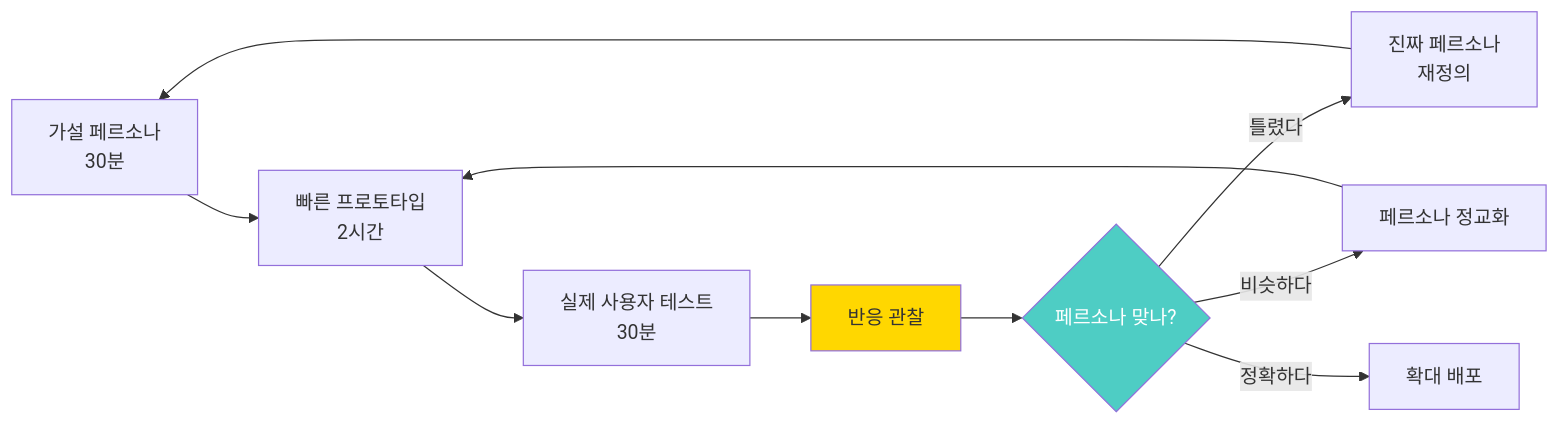
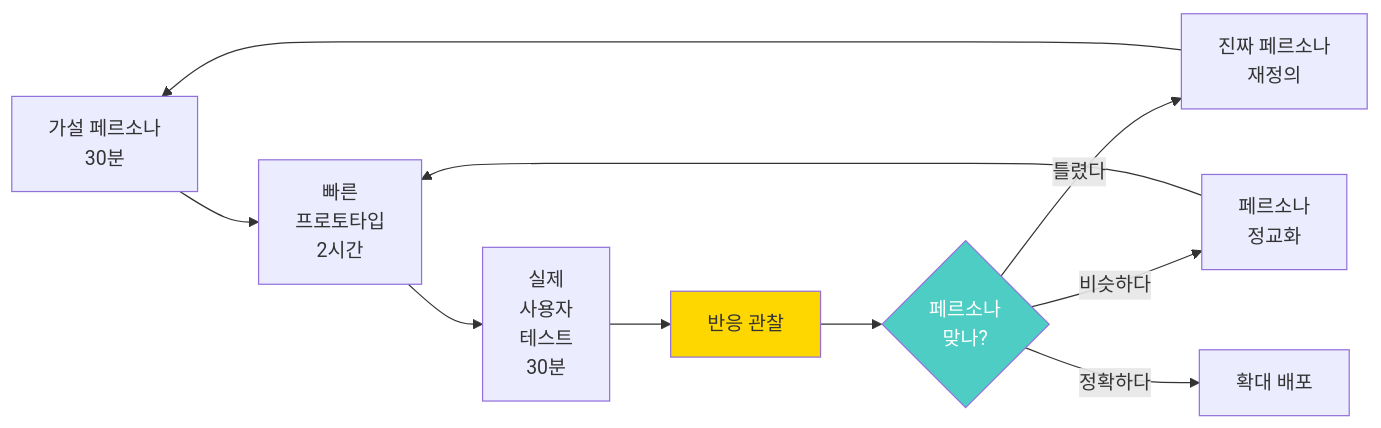
Before and after one commit to Collegenie-X/froebel: diagram 11 of 25 in [핵심개념]-개발프로세스_이해와_4대역량_정의.md, drawn with Mermaid. The commit also changed other lines of this file and 1 other file, not shown here.

````diff
--- a/[핵심개념]-개발프로세스_이해와_4대역량_정의.md
+++ b/[핵심개념]-개발프로세스_이해와_4대역량_정의.md
@@ -213,17 +703,17 @@
 ```mermaid
 graph LR
-    A[가설 페르소나<br/>30분] --> B[빠른 프로토타입<br/>2시간]
-    B --> C[실제 사용자 테스트<br/>30분]
+    A[가설 페르소나<br/>30분] --> B[빠른 <br>프로토타입<br/>2시간]
+    B --> C[실제 <br>사용자 <br>테스트<br/>30분]
     C --> D[반응 관찰]
-    D --> E{페르소나 맞나?}
+    D --> E{페르소나 <br>맞나?}
     
     E -->|틀렸다| F[진짜 페르소나<br/>재정의]
-    E -->|비슷하다| G[페르소나 정교화]
+    E -->|비슷하다| G[페르소나 <br>정교화]
     E -->|정확하다| H[확대 배포]
     
     F --> A
     G --> B
     
     style D fill:#FFD700,color:#333
     style E fill:#4ECDC4,color:#fff
 ```
````
